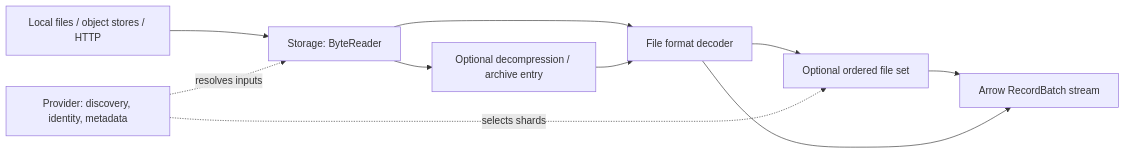
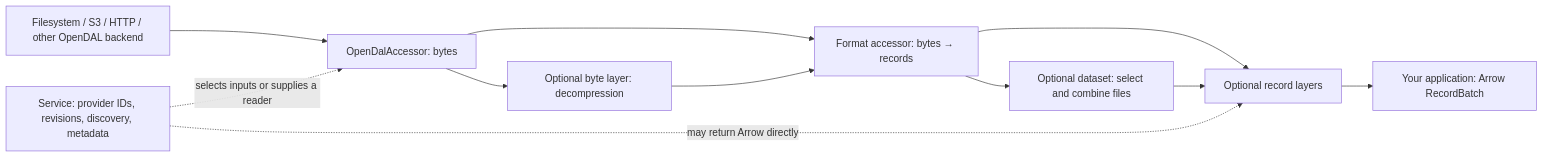
The first of 3 diagrams in README.md (dentiny/open-arrow-access), drawn with Mermaid before and after one commit. The commit also changed other lines of this file and 27 other files, not shown here.

````diff
--- a/README.md
+++ b/README.md
@@ -33,12 +61,13 @@
 ```mermaid
 flowchart LR
-    Backend["Local files / object stores / HTTP"] --> Storage["Storage: ByteReader"]
-    Storage --> Decode["Optional decompression / archive entry"]
-    Storage --> Format["File format decoder"]
-    Decode --> Format
-    Format --> Dataset["Optional ordered file set"]
-    Dataset --> Arrow["Arrow RecordBatch stream"]
-    Format --> Arrow
-    Provider["Provider: discovery, identity, metadata"] -. resolves inputs .-> Storage
-    Provider -. selects shards .-> Dataset
+    Source["Filesystem / S3 / HTTP / other OpenDAL backend"] --> Storage["OpenDalAccessor: bytes"]
+    Storage --> ByteLayer["Optional byte layer: decompression"]
+    Storage --> Format["Format accessor: bytes → records"]
+    ByteLayer --> Format
+    Format --> Dataset["Optional dataset: select and combine files"]
+    Format --> Layers["Optional record layers"]
+    Dataset --> Layers
+    Layers --> App["Your application: Arrow RecordBatch"]
+    Service["Service: provider IDs, revisions, discovery, metadata"] -. "selects inputs or supplies a reader" .-> Storage
+    Service -. "may return Arrow directly" .-> Layers
 ```
````
